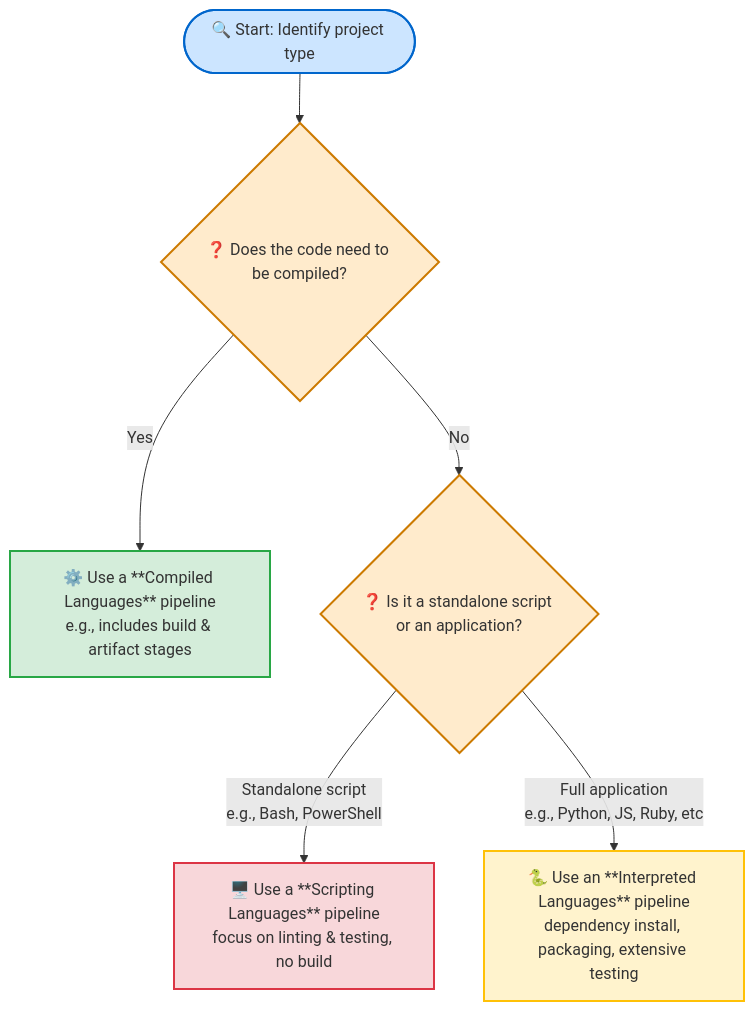
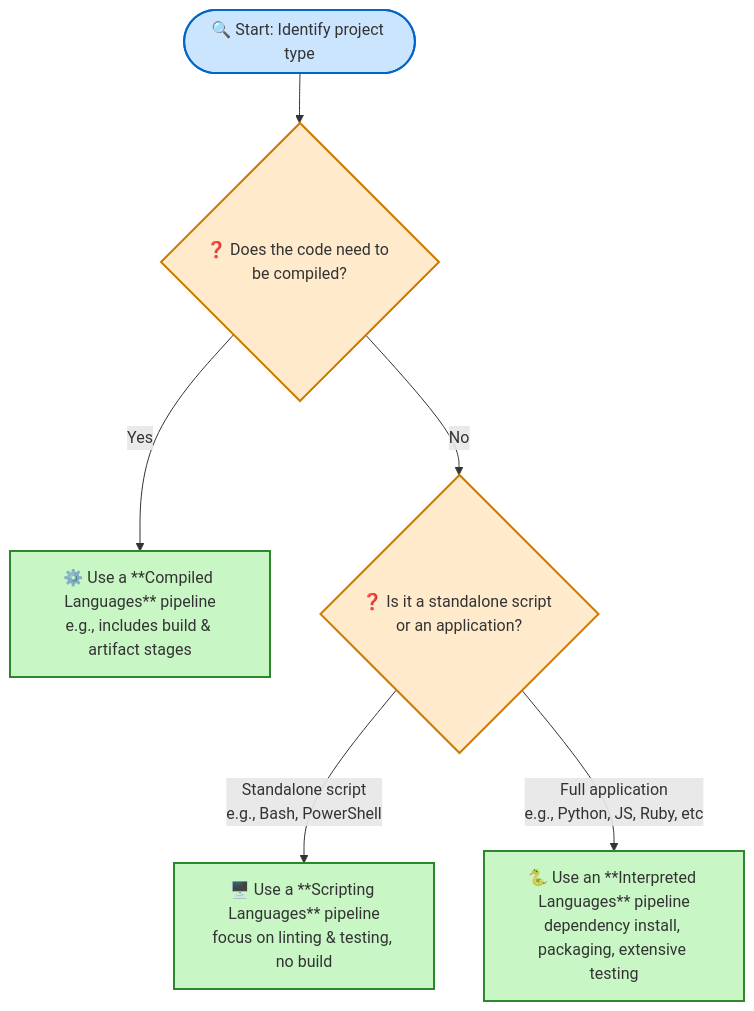
Before and after one commit to PPadgett/mcp-devsecops-pipeline: the diagram in CI_CD_PIPELINES.md, drawn with Mermaid.

````diff
--- a/CI_CD_PIPELINES.md
+++ b/CI_CD_PIPELINES.md
@@ -266,20 +266,16 @@
 ```mermaid
 flowchart TD
     A([🔍 Start: Identify project type]) --> B{❓ Does the code need to be compiled?};
     B -->|Yes| C[⚙️ Use a **Compiled Languages** pipeline<br/>e.g., includes build & artifact stages];
     B -->|No| D{❓ Is it a standalone script or an application?};
     D -->|Standalone script<br/>e.g., Bash, PowerShell| E[🖥️ Use a **Scripting Languages** pipeline<br/>focus on linting & testing, no build];
     D -->|Full application<br/>e.g., Python, JS, Ruby, etc| F[🐍 Use an **Interpreted Languages** pipeline<br/>dependency install, packaging, extensive testing];
 
     classDef start fill:#cce5ff,stroke:#0066cc,stroke-width:2px;
     classDef decision fill:#ffebcc,stroke:#cc7a00,stroke-width:2px;
-    classDef compiled fill:#d4edda,stroke:#28a745,stroke-width:2px;
-    classDef scripting fill:#f8d7da,stroke:#dc3545,stroke-width:2px;
-    classDef interpreted fill:#fff3cd,stroke:#ffc107,stroke-width:2px;
+    classDef recommended fill:#c8f7c5,stroke:#2d882d,stroke-width:2px;
 
     class A start;
     class B,D decision;
-    class C compiled;
-    class E scripting;
-    class F interpreted;
+    class C,E,F recommended;
 ```
````
